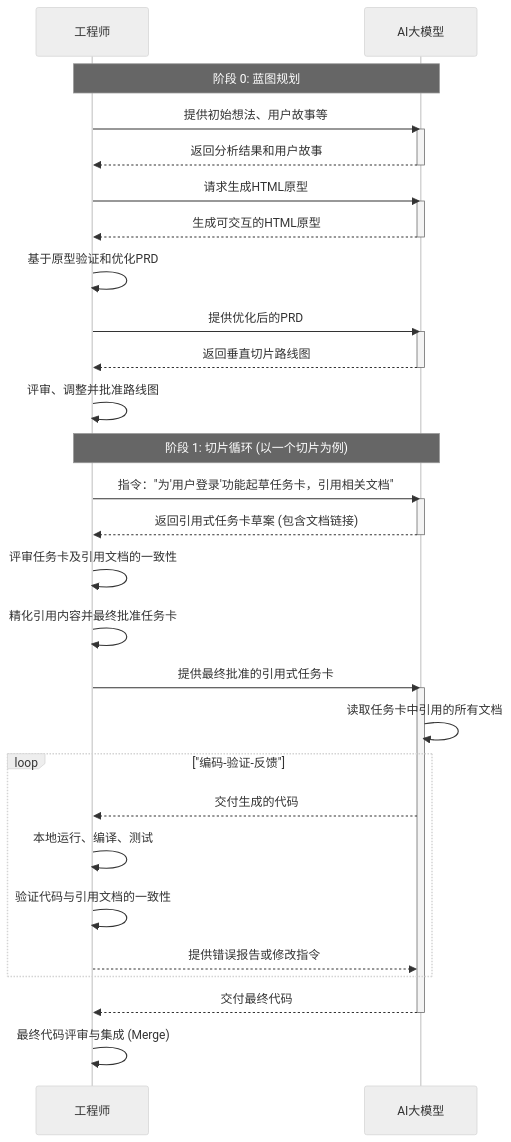
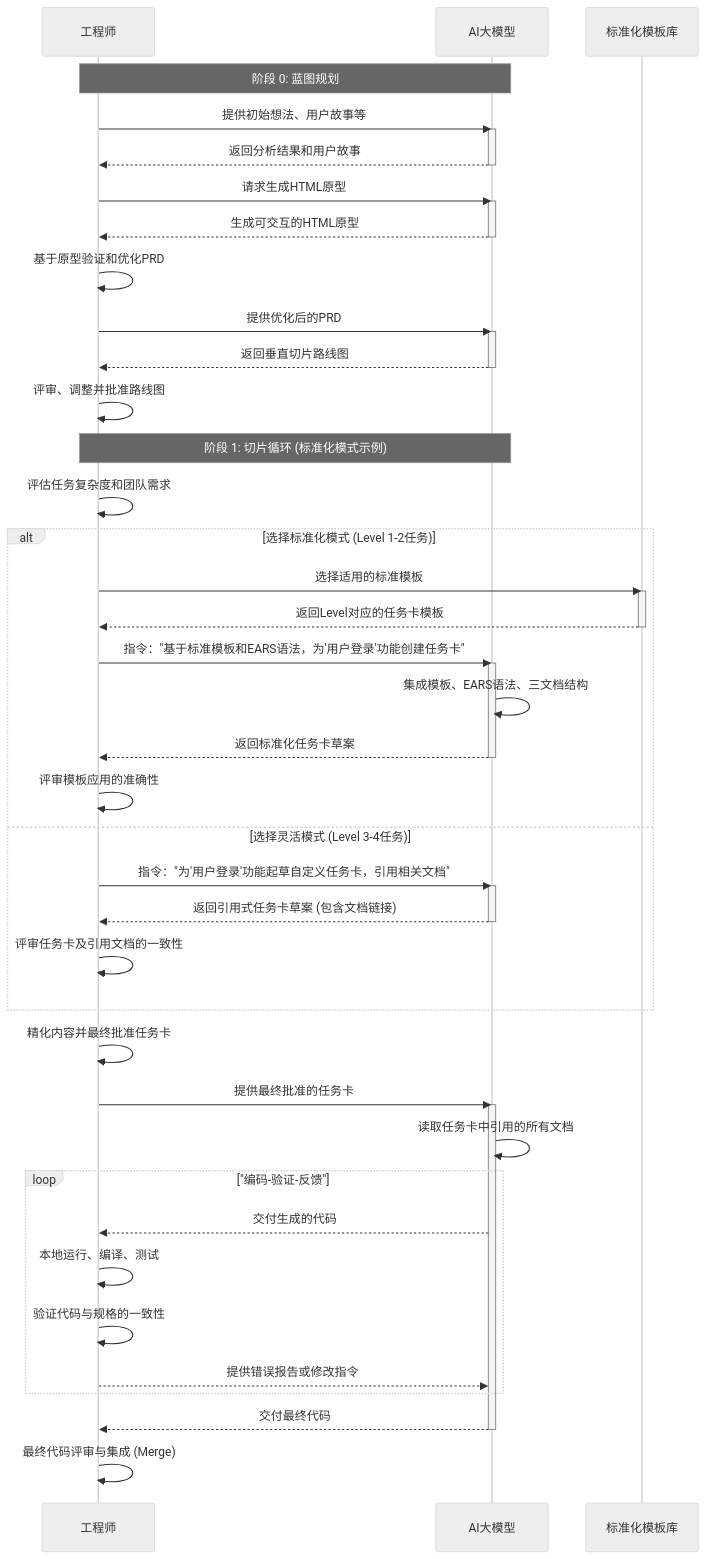
One commit to pace-eng/pace changed the third of 3 diagrams in docs/zh/methodology/pace-1.0-规范.md. Above: the diagram before and after it, drawn with Mermaid (neutral theme). The commit also changed other lines of this file and 1 other file, not shown here.

````diff
--- a/docs/zh/methodology/pace-1.0-规范.md
+++ b/docs/zh/methodology/pace-1.0-规范.md
@@ -173,42 +247,58 @@
 ```mermaid
 sequenceDiagram
     participant E as 工程师
     participant AI as AI大模型
+    participant T as 标准化模板库
 
     note over E, AI: 阶段 0: 蓝图规划
     E->>AI: 提供初始想法、用户故事等
     activate AI
     AI-->>E: 返回分析结果和用户故事
     deactivate AI
     E->>AI: 请求生成HTML原型
     activate AI
     AI-->>E: 生成可交互的HTML原型
     deactivate AI
     E->>E: 基于原型验证和优化PRD
     E->>AI: 提供优化后的PRD
     activate AI
     AI-->>E: 返回垂直切片路线图
     deactivate AI
     E->>E: 评审、调整并批准路线图
 
-    note over E, AI: 阶段 1: 切片循环 (以一个切片为例)
-    E->>AI: 指令："为'用户登录'功能起草任务卡，引用相关文档"
-    activate AI
-    AI-->>E: 返回引用式任务卡草案 (包含文档链接)
-    deactivate AI
-    E->>E: 评审任务卡及引用文档的一致性
-    E->>E: 精化引用内容并最终批准任务卡
+    note over E, AI: 阶段 1: 切片循环 (标准化模式示例)
+    E->>E: 评估任务复杂度和团队需求
+    alt 选择标准化模式 (Level 1-2任务)
+        E->>T: 选择适用的标准模板
+        activate T
+        T-->>E: 返回Level对应的任务卡模板
+        deactivate T
+        E->>AI: 指令："基于标准模板和EARS语法，为'用户登录'功能创建任务卡"
+        activate AI
+        AI->>AI: 集成模板、EARS语法、三文档结构
+        AI-->>E: 返回标准化任务卡草案
+        deactivate AI
+        E->>E: 评审模板应用的准确性
+    else 选择灵活模式 (Level 3-4任务)
+        E->>AI: 指令："为'用户登录'功能起草自定义任务卡，引用相关文档"
+        activate AI
+        AI-->>E: 返回引用式任务卡草案 (包含文档链接)
+        deactivate AI
+        E->>E: 评审任务卡及引用文档的一致性
+    end
+    
+    E->>E: 精化内容并最终批准任务卡
 
-    E->>AI: 提供最终批准的引用式任务卡
+    E->>AI: 提供最终批准的任务卡
     activate AI
     AI->>AI: 读取任务卡中引用的所有文档
     loop "编码-验证-反馈"
         AI-->>E: 交付生成的代码
         E->>E: 本地运行、编译、测试
-        E->>E: 验证代码与引用文档的一致性
+        E->>E: 验证代码与规格的一致性
         E-->>AI: 提供错误报告或修改指令
     end
     AI-->>E: 交付最终代码
     deactivate AI
     E->>E: 最终代码评审与集成 (Merge)
 ```
````
